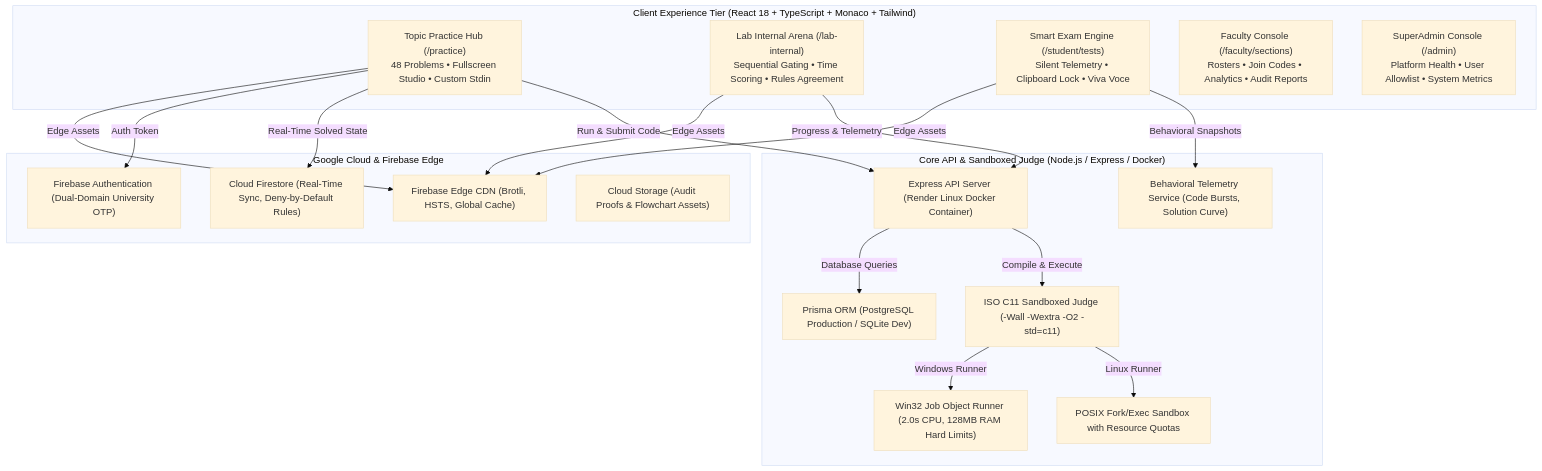
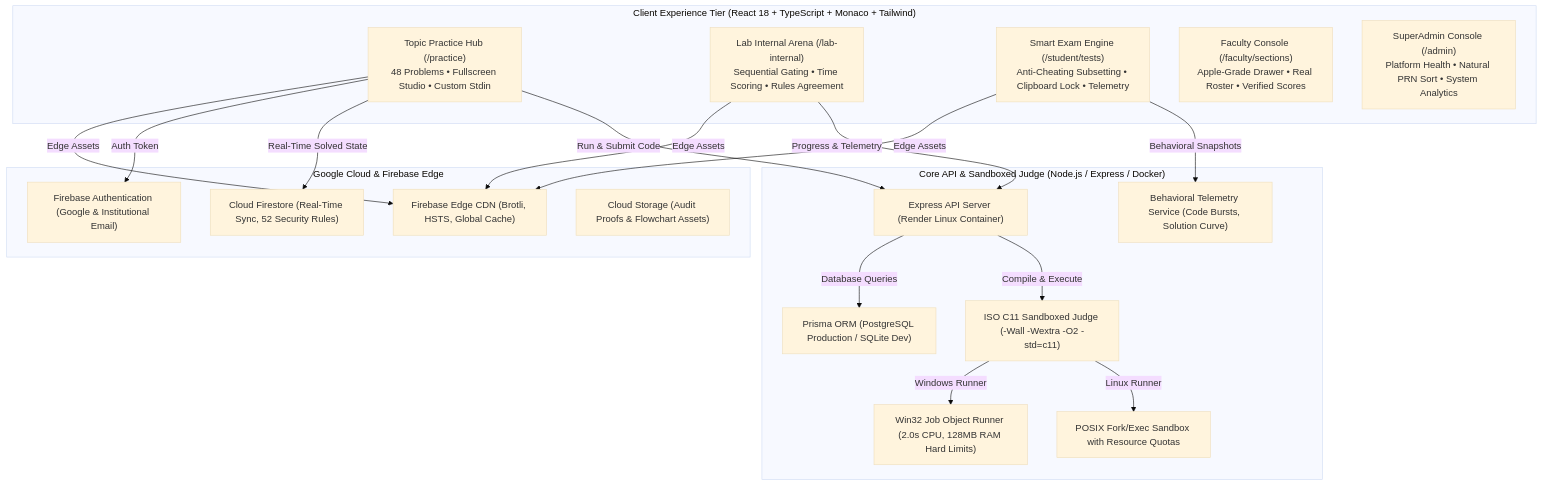
Before and after one commit to pratikpt1304/LogicQ: the second of 2 diagrams in README.md, drawn with Mermaid (base theme). The commit also changed other lines of this file, not shown here.

Commit message:
docs: create comprehensive god-tier README covering Apple-grade UX, anti-cheating, excel builder & real telemetry

````diff
--- a/README.md
+++ b/README.md
@@ -50,42 +106,42 @@
 ```mermaid
 flowchart TD
     subgraph ClientLayer ["Client Experience Tier (React 18 + TypeScript + Monaco + Tailwind)"]
         PracticeHub["Topic Practice Hub (/practice)<br/>48 Problems • Fullscreen Studio • Custom Stdin"]
         LabInternal["Lab Internal Arena (/lab-internal)<br/>Sequential Gating • Time Scoring • Rules Agreement"]
-        ExamProctor["Smart Exam Engine (/student/tests)<br/>Silent Telemetry • Clipboard Lock • Viva Voce"]
-        FacultyPortal["Faculty Console (/faculty/sections)<br/>Rosters • Join Codes • Analytics • Audit Reports"]
-        AdminPortal["SuperAdmin Console (/admin)<br/>Platform Health • User Allowlist • System Metrics"]
+        ExamProctor["Smart Exam Engine (/student/tests)<br/>Anti-Cheating Subsetting • Clipboard Lock • Telemetry"]
+        FacultyPortal["Faculty Console (/faculty/sections)<br/>Apple-Grade Drawer • Real Roster • Verified Scores"]
+        AdminPortal["SuperAdmin Console (/admin)<br/>Platform Health • Natural PRN Sort • System Analytics"]
     end
 
     subgraph FirebaseCloud ["Google Cloud & Firebase Edge"]
         Hosting["Firebase Edge CDN (Brotli, HSTS, Global Cache)"]
-        AuthService["Firebase Authentication (Dual-Domain University OTP)"]
-        FirestoreDB["Cloud Firestore (Real-Time Sync, Deny-by-Default Rules)"]
+        AuthService["Firebase Authentication (Google & Institutional Email)"]
+        FirestoreDB["Cloud Firestore (Real-Time Sync, 52 Security Rules)"]
         CloudStorage["Cloud Storage (Audit Proofs & Flowchart Assets)"]
     end
 
     subgraph BackendJudge ["Core API & Sandboxed Judge (Node.js / Express / Docker)"]
-        ExpressAPI["Express API Server (Render Linux Docker Container)"]
+        ExpressAPI["Express API Server (Render Linux Container)"]
         PrismaClient["Prisma ORM (PostgreSQL Production / SQLite Dev)"]
         JudgeEngine["ISO C11 Sandboxed Judge (-Wall -Wextra -O2 -std=c11)"]
         WinSandbox["Win32 Job Object Runner (2.0s CPU, 128MB RAM Hard Limits)"]
         LinuxSandbox["POSIX Fork/Exec Sandbox with Resource Quotas"]
         TelemetryEngine["Behavioral Telemetry Service (Code Bursts, Solution Curve)"]
     end
 
     PracticeHub -->|Edge Assets| Hosting
     LabInternal -->|Edge Assets| Hosting
     ExamProctor -->|Edge Assets| Hosting
 
     PracticeHub -->|Auth Token| AuthService
     PracticeHub -->|Real-Time Solved State| FirestoreDB
     PracticeHub -->|Run & Submit Code| ExpressAPI
 
     LabInternal -->|Progress & Telemetry| ExpressAPI
     ExamProctor -->|Behavioral Snapshots| TelemetryEngine
 
     ExpressAPI -->|Database Queries| PrismaClient
     ExpressAPI -->|Compile & Execute| JudgeEngine
     JudgeEngine -->|Windows Runner| WinSandbox
     JudgeEngine -->|Linux Runner| LinuxSandbox
 ```
````
